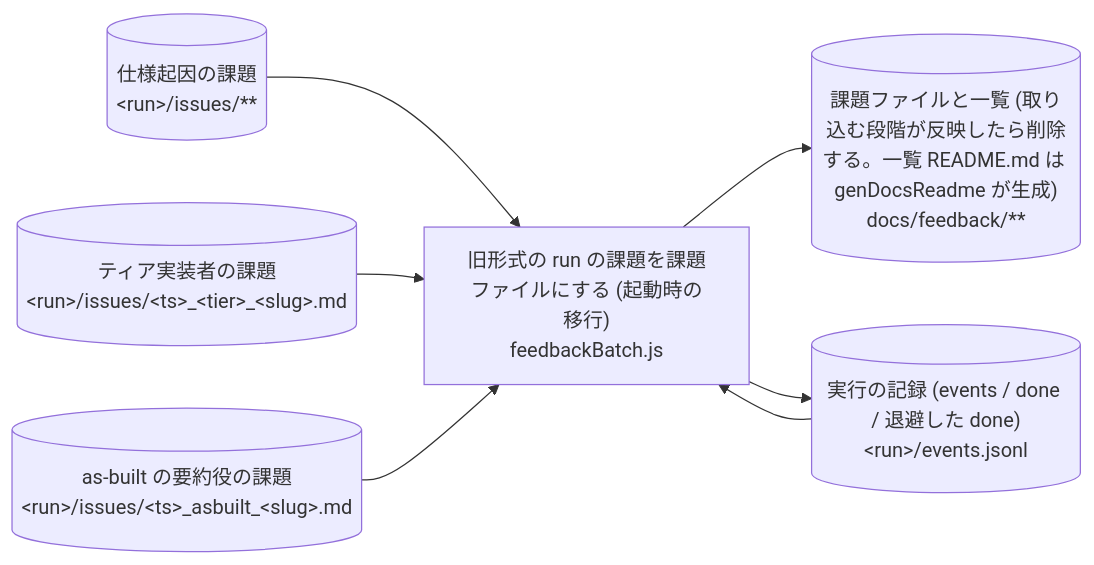
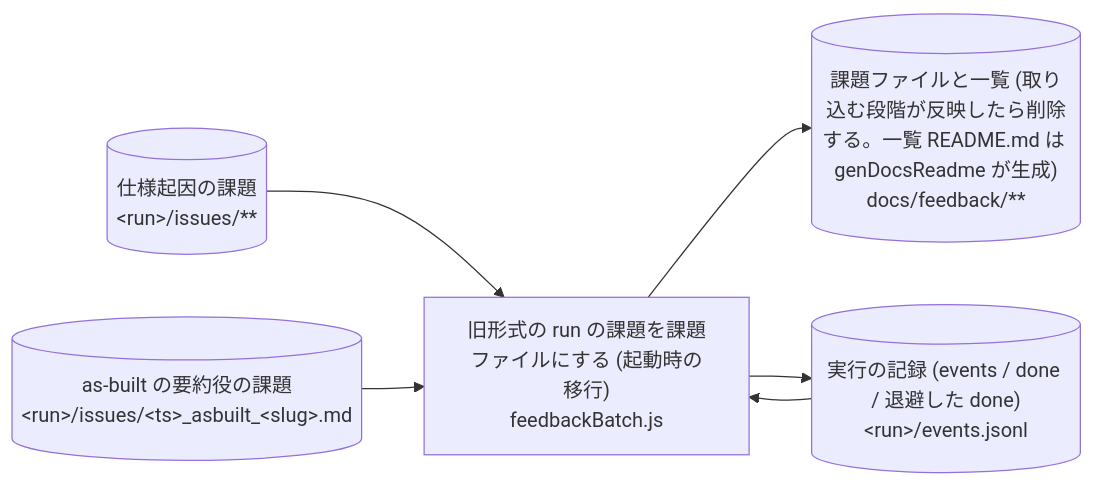
Before and after one commit to suwa-sh/suwa-sh-claude-plugins: diagram 32 of 53 in plugins/distillery2/skills/d2-common/references/dataflow.md, drawn with Mermaid. The commit also changed other lines of this file and 19 other files, not shown here.

````diff
--- a/plugins/distillery2/skills/d2-common/references/dataflow.md
+++ b/plugins/distillery2/skills/d2-common/references/dataflow.md
@@ -817,15 +839,13 @@
 ```mermaid
 flowchart LR
   p_run_migrate_issues["旧形式の run の課題を課題ファイルにする (起動時の移行)<br/>feedbackBatch.js"]
   s_issues[("仕様起因の課題<br/>#lt;run#gt;/issues/**")]
-  s_issues_tier[("ティア実装者の課題<br/>#lt;run#gt;/issues/#lt;ts#gt;_#lt;tier#gt;_#lt;slug#gt;.md")]
   s_issues_asbuilt[("as-built の要約役の課題<br/>#lt;run#gt;/issues/#lt;ts#gt;_asbuilt_#lt;slug#gt;.md")]
   s_run_events[("実行の記録 (events / done / 退避した done)<br/>#lt;run#gt;/events.jsonl")]
   s_feedback_docs[("課題ファイルと一覧 (取り込む段階が反映したら削除する。一覧 README.md は genDocsReadme が生成)<br/>docs/feedback/**")]
   s_issues --> p_run_migrate_issues
-  s_issues_tier --> p_run_migrate_issues
   s_issues_asbuilt --> p_run_migrate_issues
   s_run_events --> p_run_migrate_issues
   p_run_migrate_issues --> s_feedback_docs
   p_run_migrate_issues --> s_run_events
 ```
````
